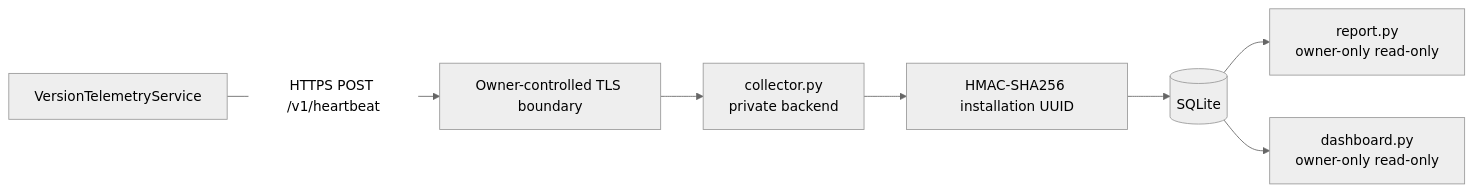
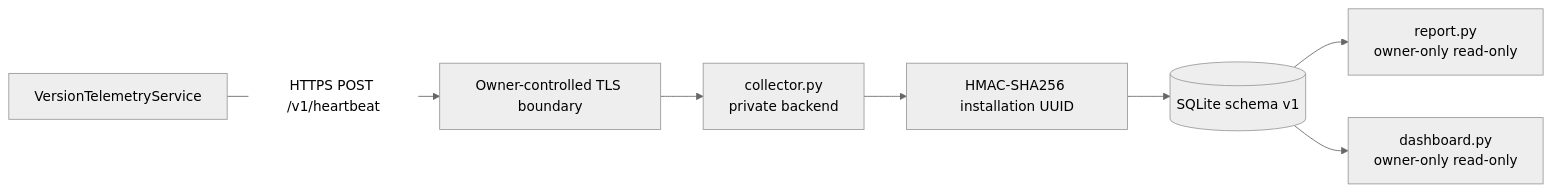
One commit to TumanovNV/impuls changed the diagram in knowledge-base/07-web/version-statistics-collector.md. Above: the diagram before and after it, drawn with Mermaid (neutral theme). The commit also changed other lines of this file, not shown here.

````diff
--- a/knowledge-base/07-web/version-statistics-collector.md
+++ b/knowledge-base/07-web/version-statistics-collector.md
@@ -27,9 +27,9 @@
 ```mermaid
 flowchart LR
     APP[VersionTelemetryService] -->|HTTPS POST /v1/heartbeat| RP[Owner-controlled TLS boundary]
     RP --> COL[collector.py\nprivate backend]
     COL --> H[HMAC-SHA256 installation UUID]
-    H --> DB[(SQLite)]
+    H --> DB[(SQLite schema v1)]
     DB --> REP[report.py\nowner-only read-only]
     DB --> DASH[dashboard.py\nowner-only read-only]
 ```
````
